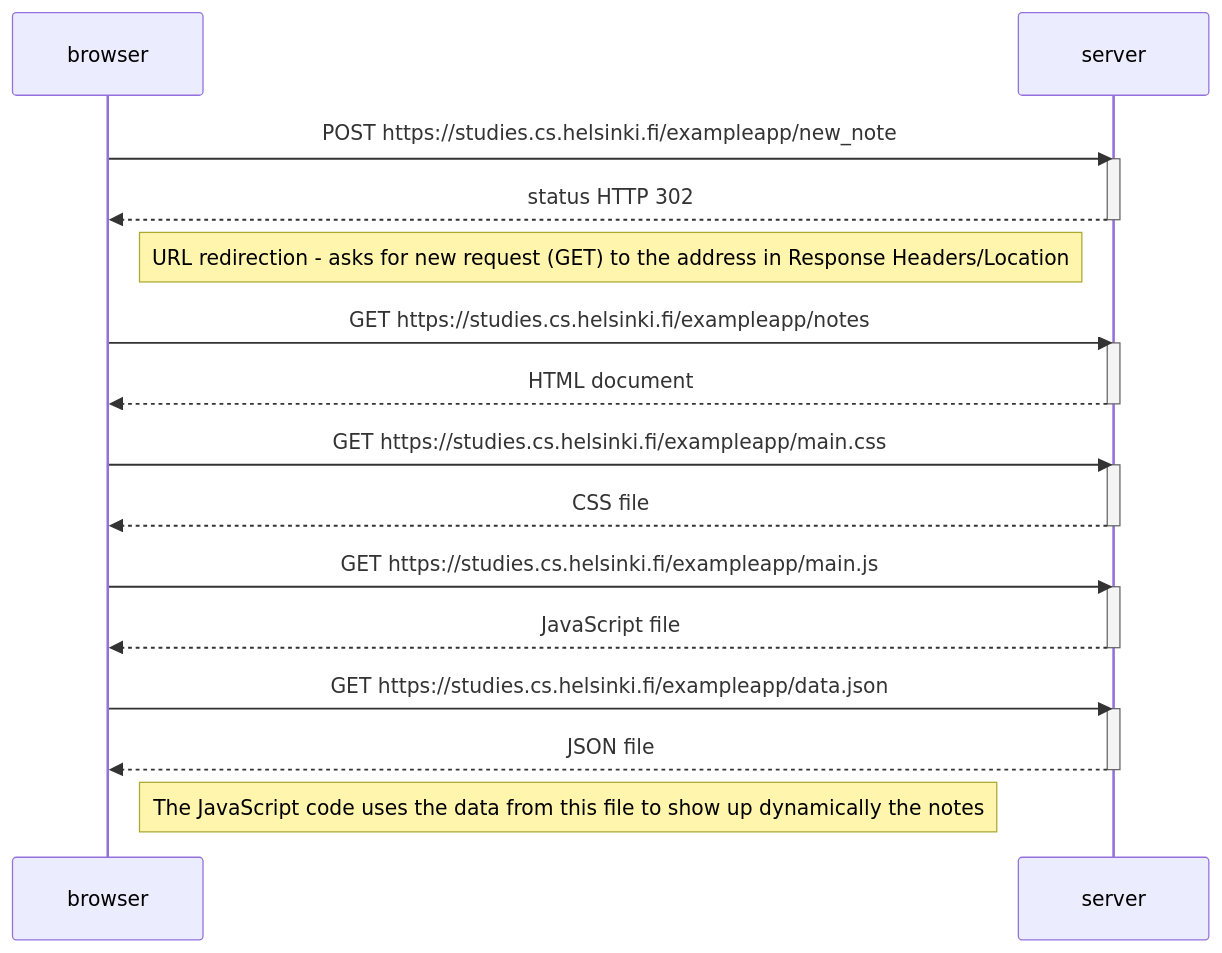
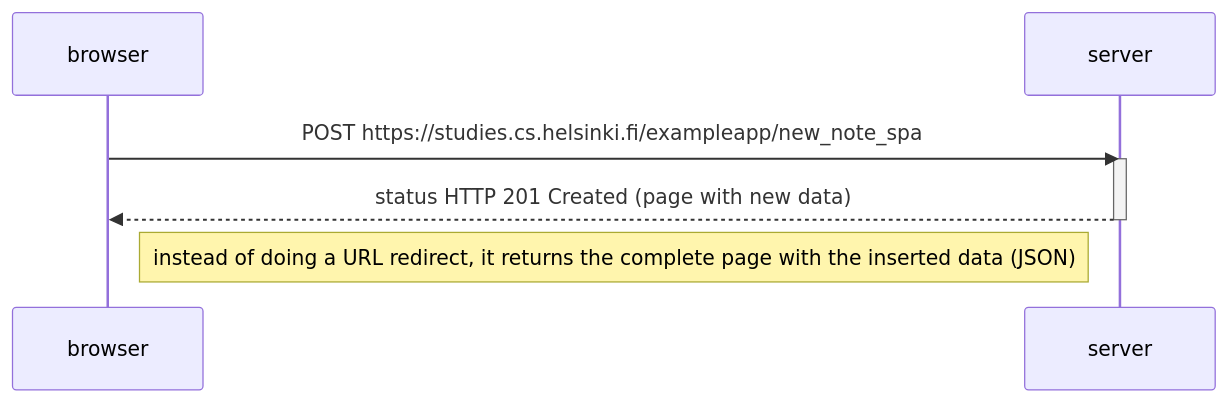
Before and after one commit to gjr1440/full-stack-open-exercises: the diagram in part0/0.6/mermaid.md, drawn with Mermaid. The commit also changed other lines of this file and 1 other file, not shown here.

Commit message:
Exercícios concluídos

````diff
--- a/part0/0.6/mermaid.md
+++ b/part0/0.6/mermaid.md
@@ -40,34 +18,12 @@
 ```mermaid
 sequenceDiagram
     participant browser
     participant server
 
-    browser->>server: POST https://studies.cs.helsinki.fi/exampleapp/new_note
+    browser->>server: POST https://studies.cs.helsinki.fi/exampleapp/new_note_spa
     activate server
-    server-->>browser: status HTTP 302
+    server-->>browser: status HTTP 201 Created (page with new data)
     deactivate server
 
-    Note right of browser: URL redirection - asks for new request (GET) to the address in Response Headers/Location
-
-    browser->>server: GET https://studies.cs.helsinki.fi/exampleapp/notes
-    activate server
-    server-->>browser: HTML document
-    deactivate server
-
-    browser->>server: GET https://studies.cs.helsinki.fi/exampleapp/main.css
-    activate server
-    server-->>browser: CSS file
-    deactivate server
-
-    browser->>server: GET https://studies.cs.helsinki.fi/exampleapp/main.js
-    activate server
-    server-->>browser: JavaScript file
-    deactivate server
-
-    browser->>server: GET https://studies.cs.helsinki.fi/exampleapp/data.json
-    activate server
-    server-->>browser: JSON file
-    deactivate server
-
-    Note right of browser: The JavaScript code uses the data from this file to show up dynamically the notes
+    Note right of browser: instead of doing a URL redirect, it returns the complete page with the inserted data (JSON)
 ```
````
